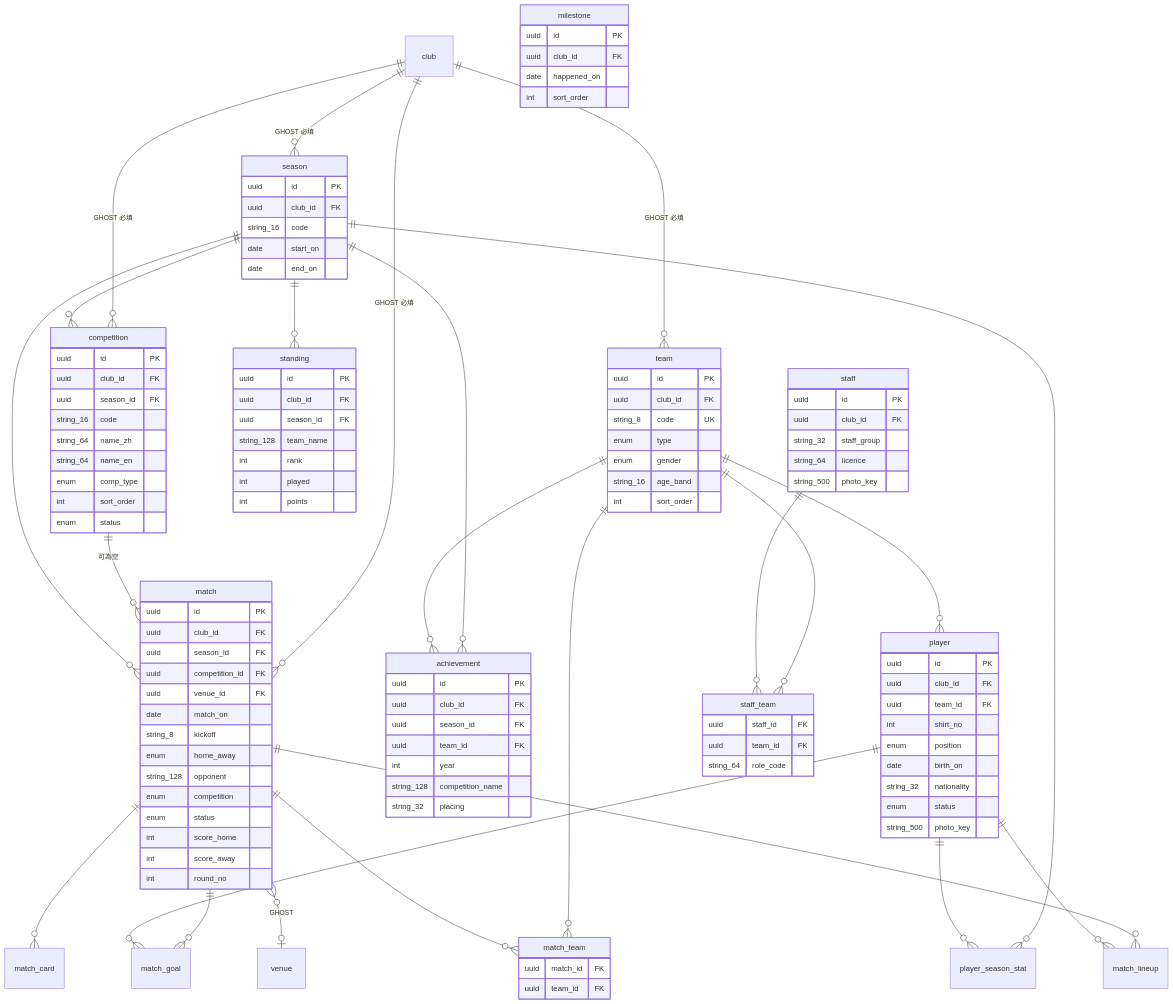
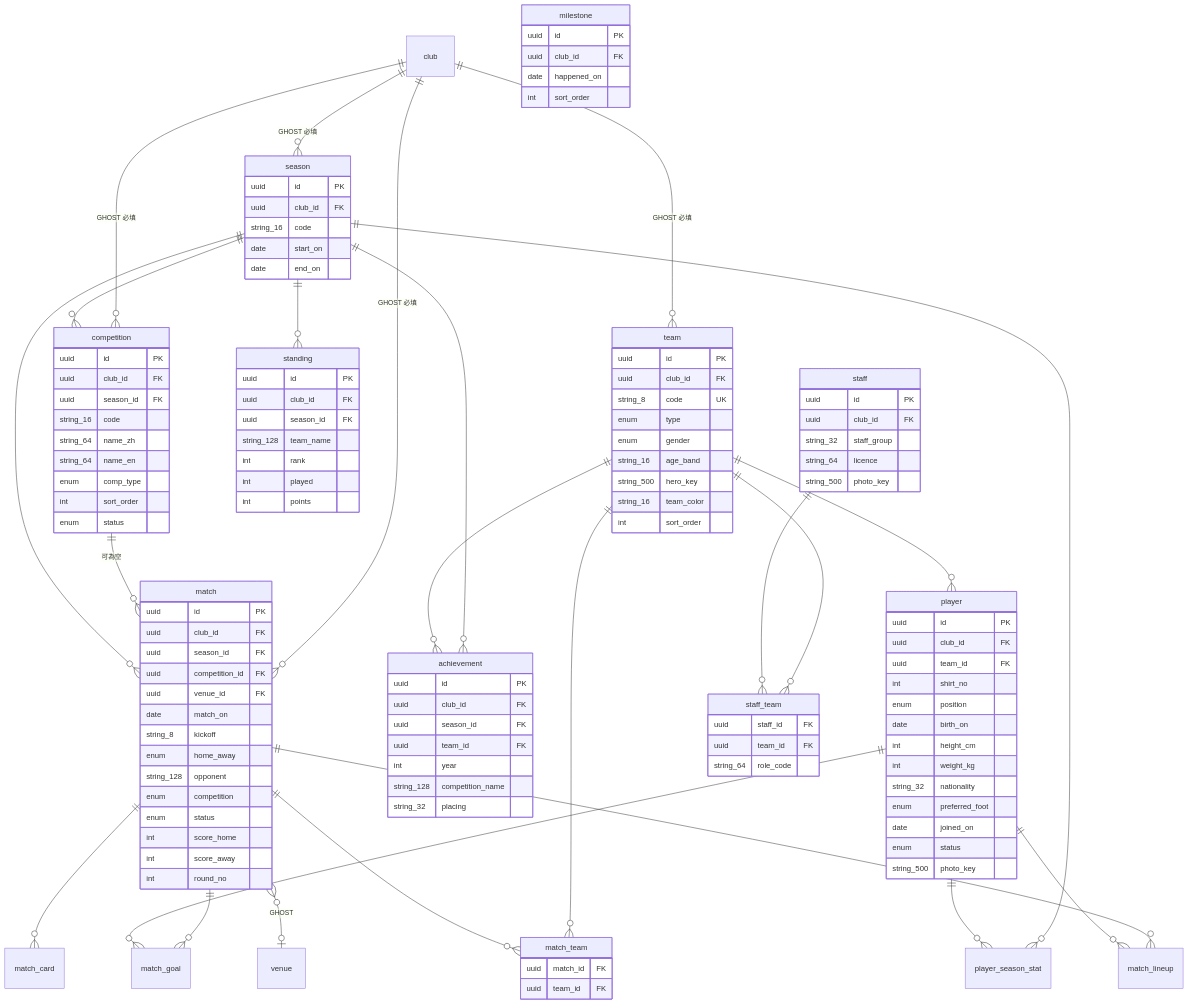
One commit to waiting0201/tcrfc changed the third of 16 diagrams in docs/12a-database-erd.md. Above: the diagram before and after it, drawn with Mermaid. The commit also changed other lines of this file and 3 other files, not shown here.

```diff
--- a/docs/12a-database-erd.md
+++ b/docs/12a-database-erd.md
@@ -211,6 +213,8 @@
     enum type
     enum gender
     string_16 age_band
+    string_500 hero_key
+    string_16 team_color
     int sort_order
   }
   player {
@@ -220,7 +224,11 @@
     int shirt_no
     enum position
     date birth_on
+    int height_cm
+    int weight_kg
     string_32 nationality
+    enum preferred_foot
+    date joined_on
     enum status
     string_500 photo_key
   }
```
